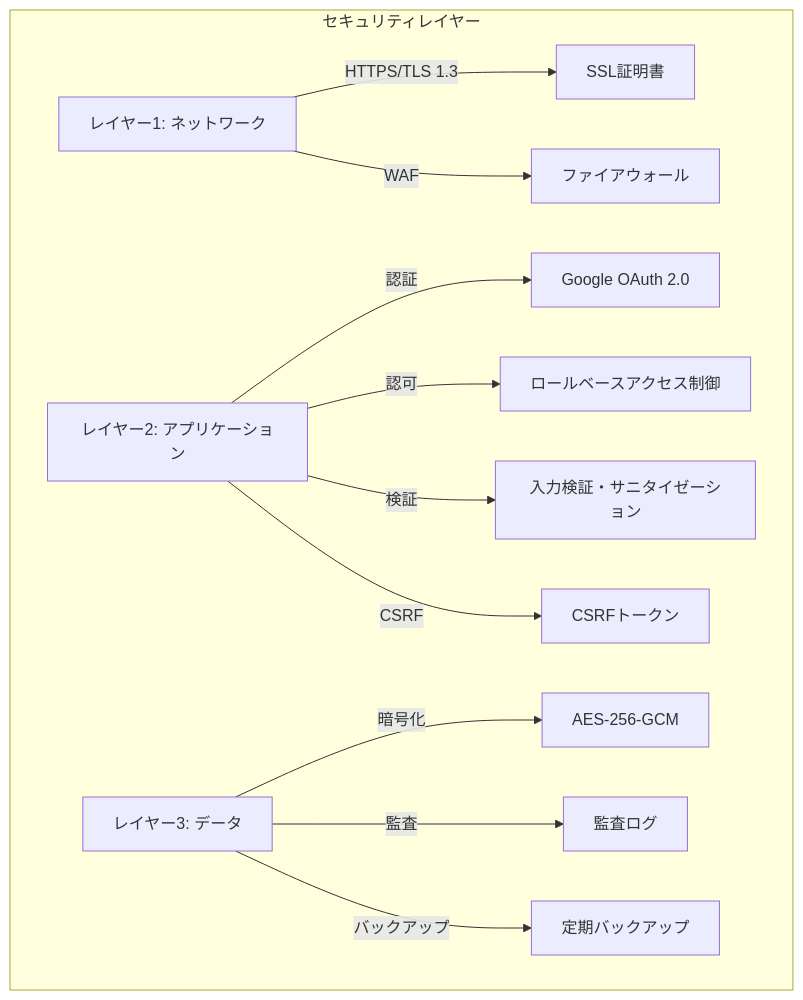
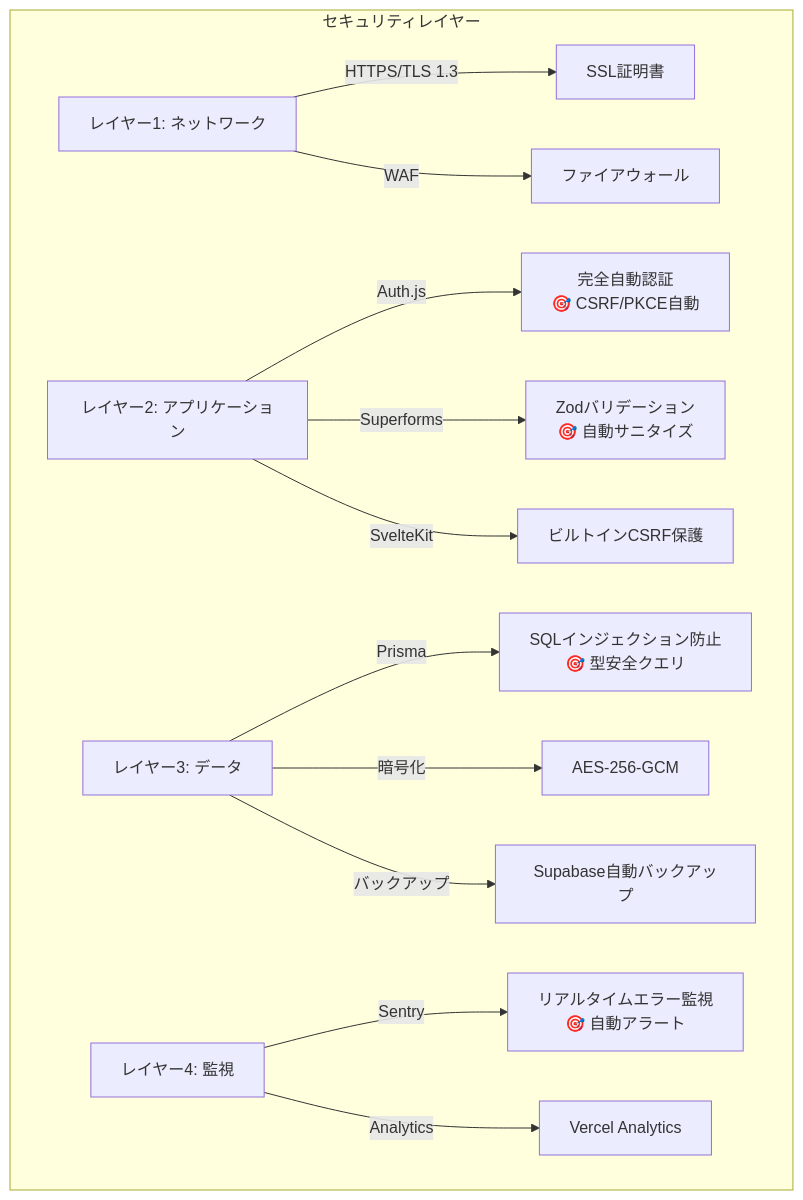
One commit to Tora29/salary-management changed the seventh of 10 diagrams in docs/basic-design/04-01_system-architecture.md. Above: the diagram before and after it, drawn with Mermaid. The commit also changed other lines of this file and 14 other files, not shown here.

````diff
--- a/docs/basic-design/04-01_system-architecture.md
+++ b/docs/basic-design/04-01_system-architecture.md
@@ -423,20 +440,23 @@
 ```mermaid
 graph TB
     subgraph "セキュリティレイヤー"
         L1[レイヤー1: ネットワーク]
         L2[レイヤー2: アプリケーション]
         L3[レイヤー3: データ]
+        L4[レイヤー4: 監視]
         
         L1 --> |HTTPS/TLS 1.3| SSL[SSL証明書]
         L1 --> |WAF| Firewall[ファイアウォール]
         
-        L2 --> |認証| OAuth[Google OAuth 2.0]
-        L2 --> |認可| RBAC[ロールベースアクセス制御]
-        L2 --> |検証| Validation[入力検証・サニタイゼーション]
-        L2 --> |CSRF| Token[CSRFトークン]
+        L2 --> |Auth.js| AuthJS[完全自動認証<br/>🎯 CSRF/PKCE自動]
+        L2 --> |Superforms| SF[Zodバリデーション<br/>🎯 自動サニタイズ]
+        L2 --> |SvelteKit| SK[ビルトインCSRF保護]
         
+        L3 --> |Prisma| Prisma[SQLインジェクション防止<br/>🎯 型安全クエリ]
         L3 --> |暗号化| Encryption[AES-256-GCM]
-        L3 --> |監査| Audit[監査ログ]
-        L3 --> |バックアップ| Backup[定期バックアップ]
+        L3 --> |バックアップ| Backup[Supabase自動バックアップ]
+        
+        L4 --> |Sentry| Sentry[リアルタイムエラー監視<br/>🎯 自動アラート]
+        L4 --> |Analytics| VA[Vercel Analytics]
     end
 ```
````
